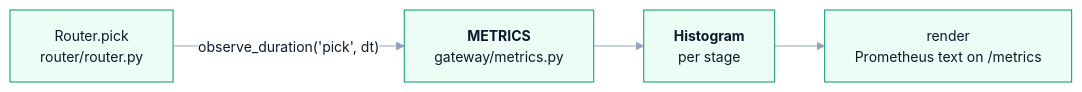
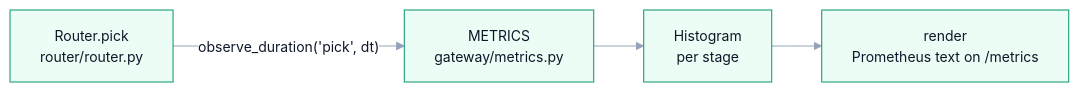
One commit to harshuljain13/Dodona changed the first of 3 diagrams in docs/cluster/observability.md. Above: the diagram before and after it, drawn with Mermaid. The commit also changed other lines of this file and 17 other files, not shown here.

````diff
--- a/docs/cluster/observability.md
+++ b/docs/cluster/observability.md
@@ -11,19 +11,19 @@
 ```mermaid
 %%{init: {'theme':'base','themeVariables':{
   'fontFamily':'ui-sans-serif, -apple-system, Segoe UI, Inter, Helvetica, Arial, sans-serif','fontSize':'14px',
   'primaryColor':'#ecfdf5','primaryTextColor':'#0f172a','primaryBorderColor':'#059669',
   'secondaryColor':'#f8fafc','tertiaryColor':'#ffffff',
   'lineColor':'#94a3b8','textColor':'#1e293b',
   'clusterBkg':'#ffffff','clusterBorder':'#a7f3d0',
   'edgeLabelBackground':'#ffffff','nodeBorder':'#059669'
 }}}%%
 flowchart LR
     ROUTER["Router.pick<br/>router/router.py"]
-    METRICS["<b>METRICS</b><br/>gateway/metrics.py"]
-    HIST["<b>Histogram</b><br/>per stage"]
+    METRICS["METRICS<br/>gateway/metrics.py"]
+    HIST["Histogram<br/>per stage"]
     RENDER["render<br/>Prometheus text on /metrics"]
 
     ROUTER -->|"observe_duration('pick', dt)"| METRICS
     METRICS --> HIST
     HIST --> RENDER
 ```
````
